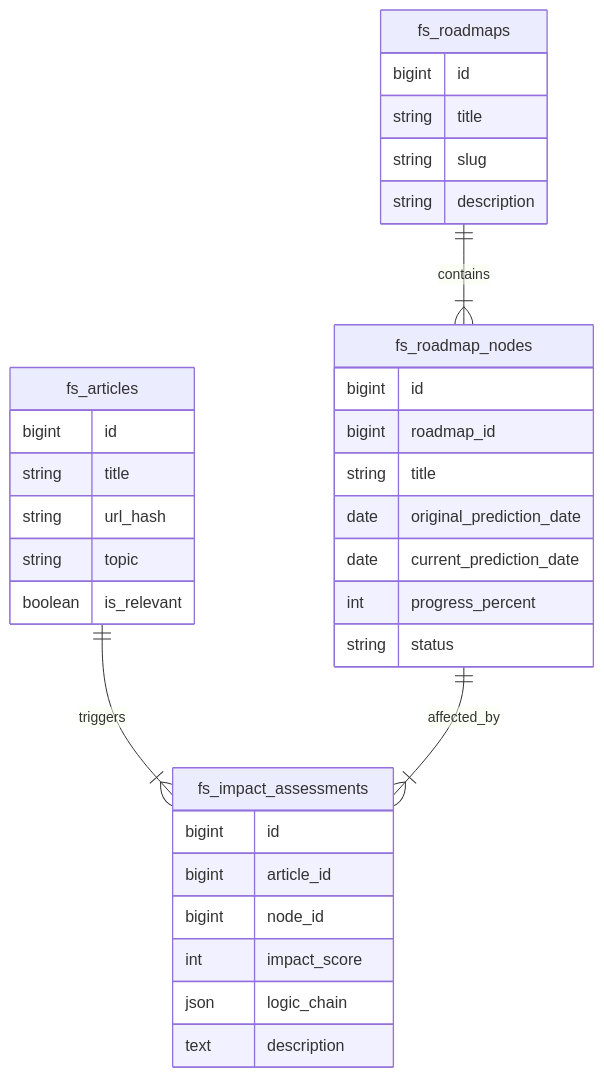
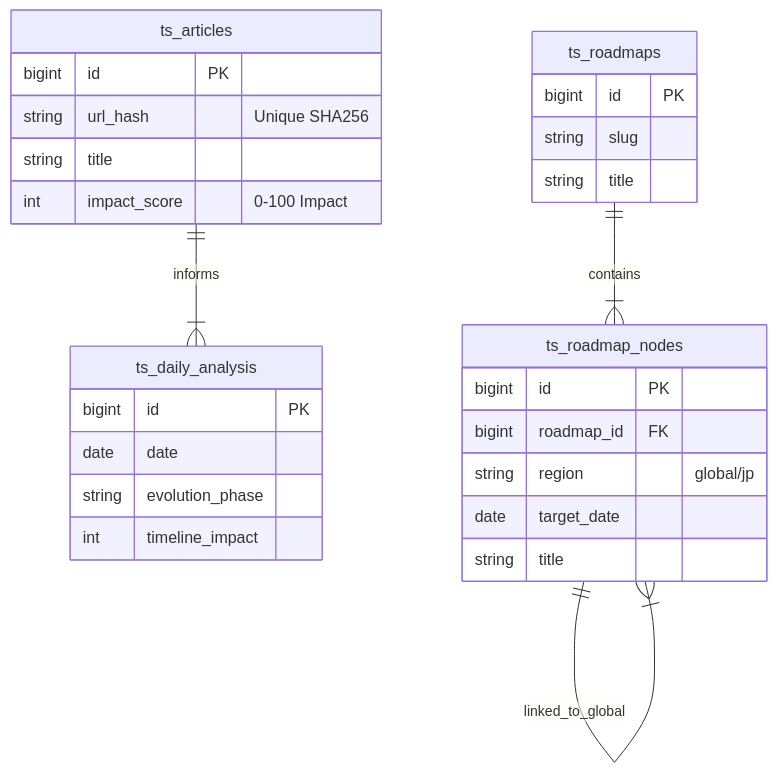
One commit to AkiraMatsumoto-github/techshift changed the diagram in docs/02_design/database_schema.md. Above: the diagram before and after it, drawn with Mermaid. The commit also changed other lines of this file and 26 other files, not shown here.

````diff
--- a/docs/02_design/database_schema.md
+++ b/docs/02_design/database_schema.md
@@ -8,40 +8,34 @@
 ```mermaid
 erDiagram
-    fs_roadmaps ||--|{ fs_roadmap_nodes : contains
-    fs_articles ||--|{ fs_impact_assessments : triggers
-    fs_roadmap_nodes ||--|{ fs_impact_assessments : affected_by
+    ts_articles ||--|{ ts_daily_analysis : informs
+    ts_roadmaps ||--|{ ts_roadmap_nodes : contains
+    ts_roadmap_nodes ||--|{ ts_roadmap_nodes : linked_to_global
 
-    fs_articles {
-        bigint id
+    ts_articles {
+        bigint id PK
+        string url_hash "Unique SHA256"
         string title
-        string url_hash
-        string topic
-        boolean is_relevant
-    }
-    
-    fs_roadmaps {
-        bigint id
-        string title
-        string slug
-        string description
+        int impact_score "0-100 Impact"
     }
 
-    fs_roadmap_nodes {
-        bigint id
-        bigint roadmap_id
-        string title
-        date original_prediction_date
-        date current_prediction_date
-        int progress_percent
-        string status
+    ts_daily_analysis {
+        bigint id PK
+        date date
+        string evolution_phase
+        int timeline_impact
     }
 
-    fs_impact_assessments {
-        bigint id
-        bigint article_id
-        bigint node_id
-        int impact_score
-        json logic_chain
-        text description
+    ts_roadmaps {
+        bigint id PK
+        string slug
+        string title
+    }
+
+    ts_roadmap_nodes {
+        bigint id PK
+        bigint roadmap_id FK
+        string region "global/jp"
+        date target_date
+        string title
     }
 ```
````
